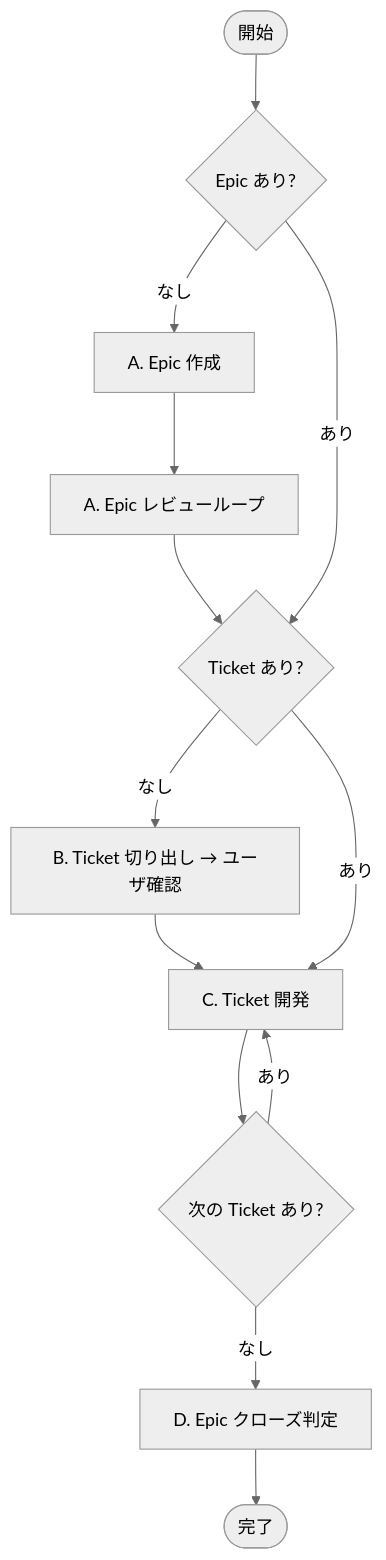
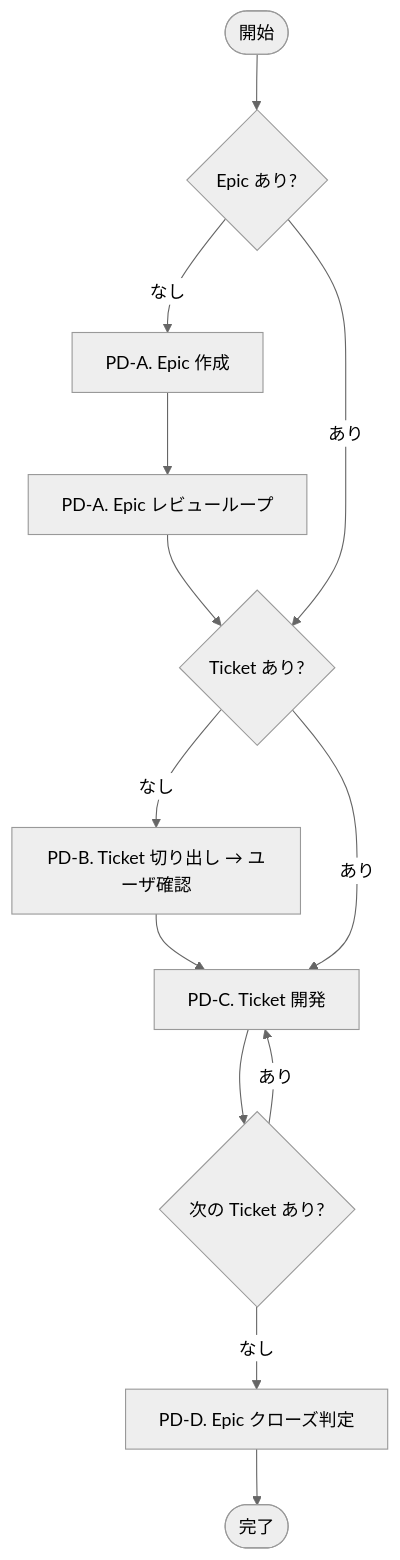
One commit to masuidrive/pdh changed the first of 3 diagrams in skills/pdh-dev/SKILL.md. Above: the diagram before and after it, drawn with Mermaid (neutral theme). The commit also changed other lines of this file and 1 other file, not shown here.

````diff
--- a/skills/pdh-dev/SKILL.md
+++ b/skills/pdh-dev/SKILL.md
@@ -32,15 +52,15 @@
 ```mermaid
 flowchart TD
-    Start([開始]) --> E0{"Epic あり?"}
-    E0 -- "なし" --> E1["A. Epic 作成"]
-    E1 --> E2["A. Epic レビューループ"]
-    E2 --> T0
-    E0 -- "あり" --> T0{"Ticket あり?"}
-    T0 -- "なし" --> T1["B. Ticket 切り出し → ユーザ確認"]
-    T1 --> T2
-    T0 -- "あり" --> T2["C. Ticket 開発"]
-    T2 --> T3{"次の Ticket あり?"}
-    T3 -- "あり" --> T2
-    T3 -- "なし" --> E3["D. Epic クローズ判定"]
-    E3 --> Done([完了])
+    Start([開始]) --> PDA0{"Epic あり?"}
+    PDA0 -- "なし" --> PDA1["PD-A. Epic 作成"]
+    PDA1 --> PDA2["PD-A. Epic レビューループ"]
+    PDA2 --> PDB0
+    PDA0 -- "あり" --> PDB0{"Ticket あり?"}
+    PDB0 -- "なし" --> PDB1["PD-B. Ticket 切り出し → ユーザ確認"]
+    PDB1 --> PDC
+    PDB0 -- "あり" --> PDC["PD-C. Ticket 開発"]
+    PDC --> PDC_next{"次の Ticket あり?"}
+    PDC_next -- "あり" --> PDC
+    PDC_next -- "なし" --> PDD["PD-D. Epic クローズ判定"]
+    PDD --> Done([完了])
 ```
````
